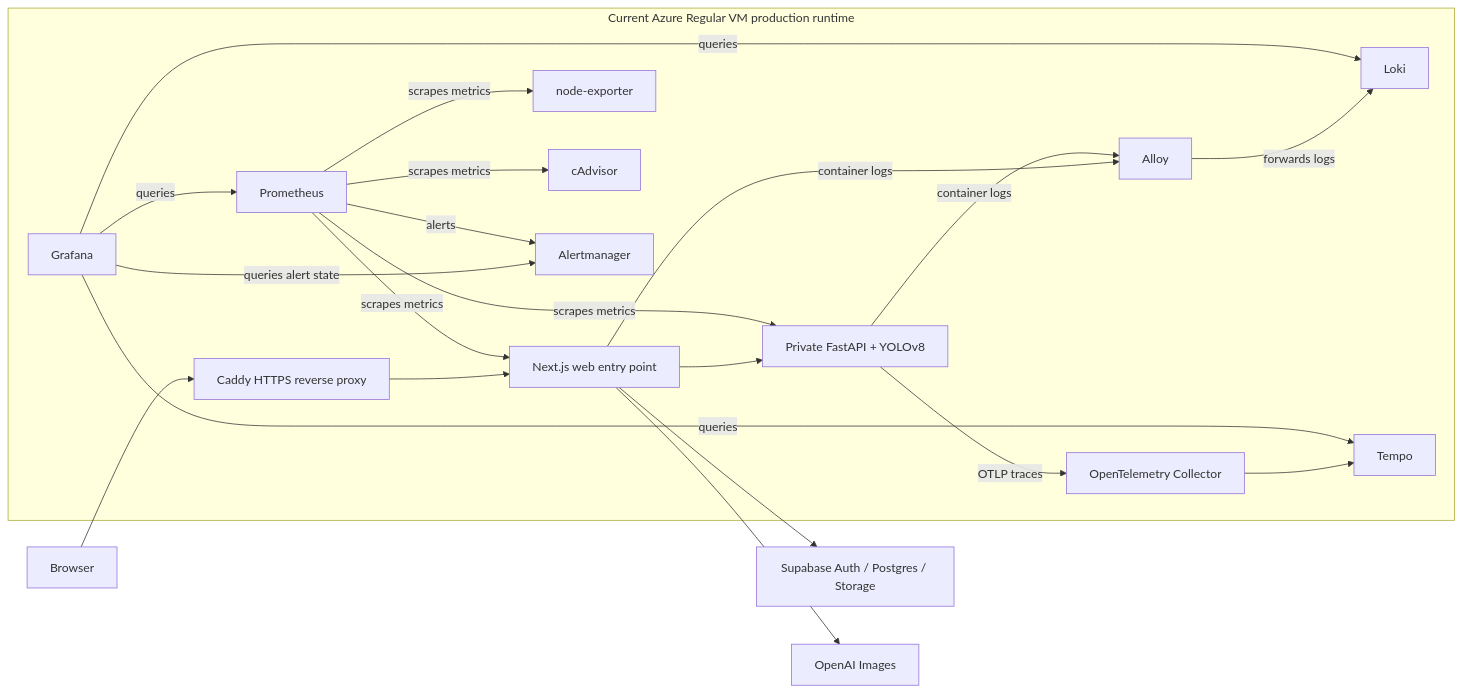
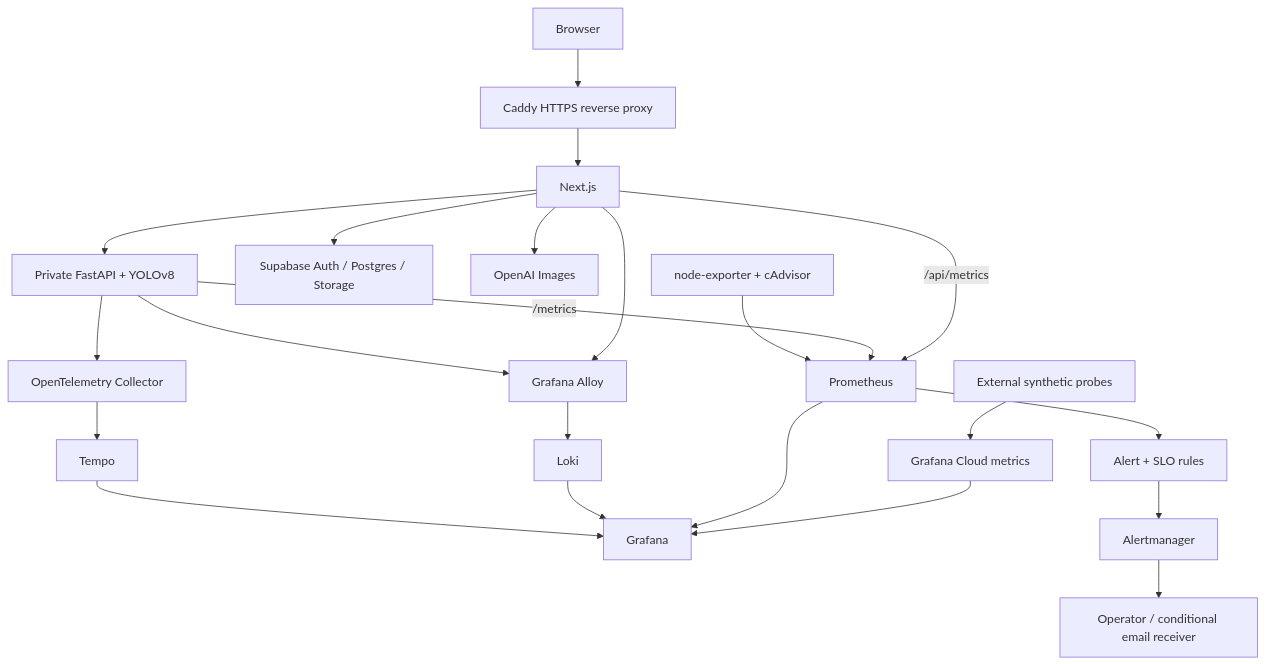
The first of 4 diagrams in docs/technical-case-study.md (hzzcoding/SlowChrome-Showcase), drawn with Mermaid before and after one commit. The commit also changed other lines of this file and 12 other files, not shown here.

````diff
--- a/docs/technical-case-study.md
+++ b/docs/technical-case-study.md
@@ -28,27 +89,28 @@
 ```mermaid
-flowchart LR
+flowchart TD
+    probes["External synthetic probes"] --> cloudmetrics["Grafana Cloud metrics"]
     browser["Browser"] --> proxy["Caddy HTTPS reverse proxy"]
-
-    subgraph vm["Current Azure Regular VM production runtime"]
-        proxy --> web["Next.js web entry point"]
-        web --> backend["Private FastAPI + YOLOv8"]
-
-        prom["Prometheus"] -->|scrapes metrics| web
-        prom -->|scrapes metrics| backend
-        prom -->|scrapes metrics| node["node-exporter"]
-        prom -->|scrapes metrics| cadvisor["cAdvisor"]
-        web -->|container logs| alloy["Alloy"]
-        backend -->|container logs| alloy
-        alloy -->|forwards logs| loki["Loki"]
-        backend -->|OTLP traces| otel["OpenTelemetry Collector"]
-        otel --> tempo["Tempo"]
-        grafana["Grafana"] -->|queries| prom
-        grafana -->|queries| loki
-        grafana -->|queries| tempo
-        grafana -->|queries alert state| alertmanager["Alertmanager"]
-        prom -->|alerts| alertmanager
-    end
-
+    proxy --> web["Next.js"]
+    web --> api["Private FastAPI + YOLOv8"]
     web --> supabase["Supabase Auth / Postgres / Storage"]
     web --> openai["OpenAI Images"]
+
+    web -->|"/api/metrics"| prom["Prometheus"]
+    api -->|"/metrics"| prom
+    exporters["node-exporter + cAdvisor"] --> prom
+    cloudmetrics --> grafana["Grafana"]
+    prom --> grafana
+
+    web --> alloy["Grafana Alloy"]
+    api --> alloy
+    alloy --> loki["Loki"]
+    loki --> grafana
+
+    api --> otel["OpenTelemetry Collector"]
+    otel --> tempo["Tempo"]
+    tempo --> grafana
+
+    prom --> rules["Alert + SLO rules"]
+    rules --> alertmanager["Alertmanager"]
+    alertmanager --> operator["Operator / conditional email receiver"]
 ```
````
